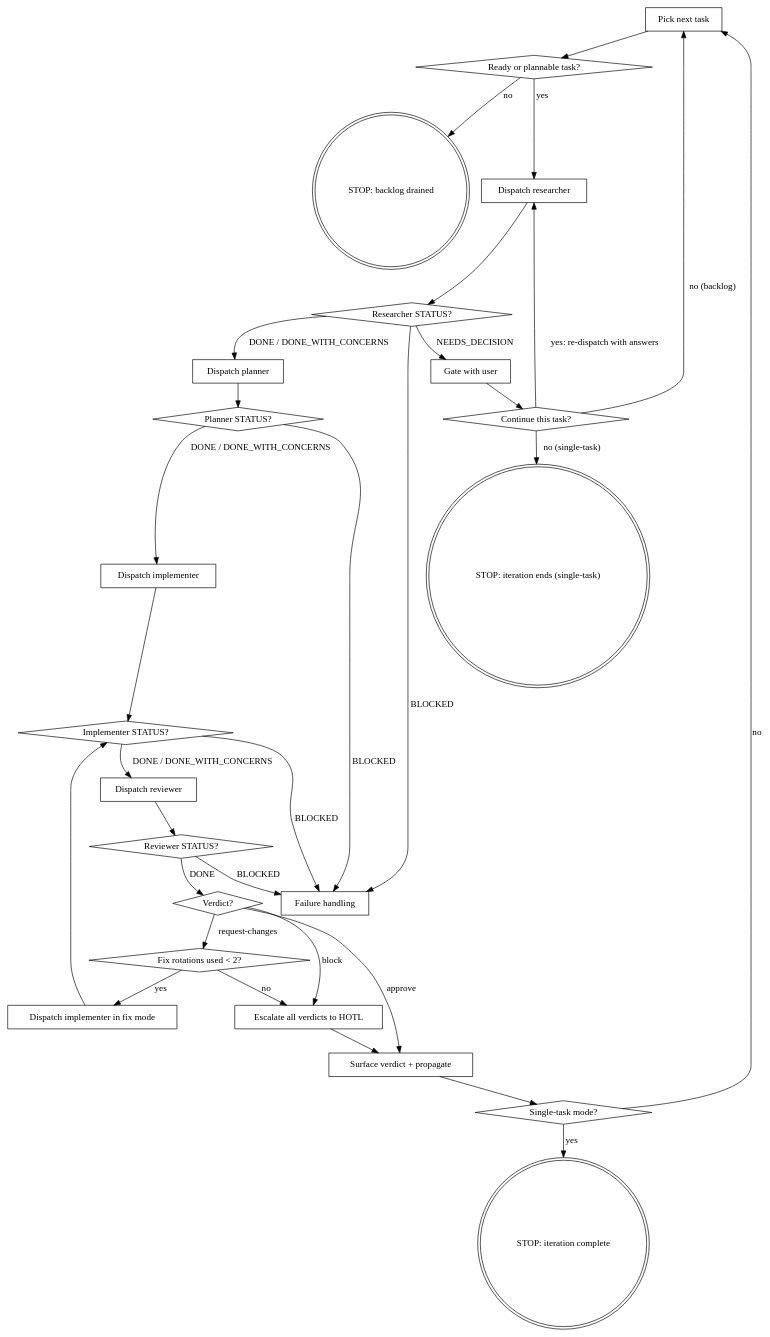
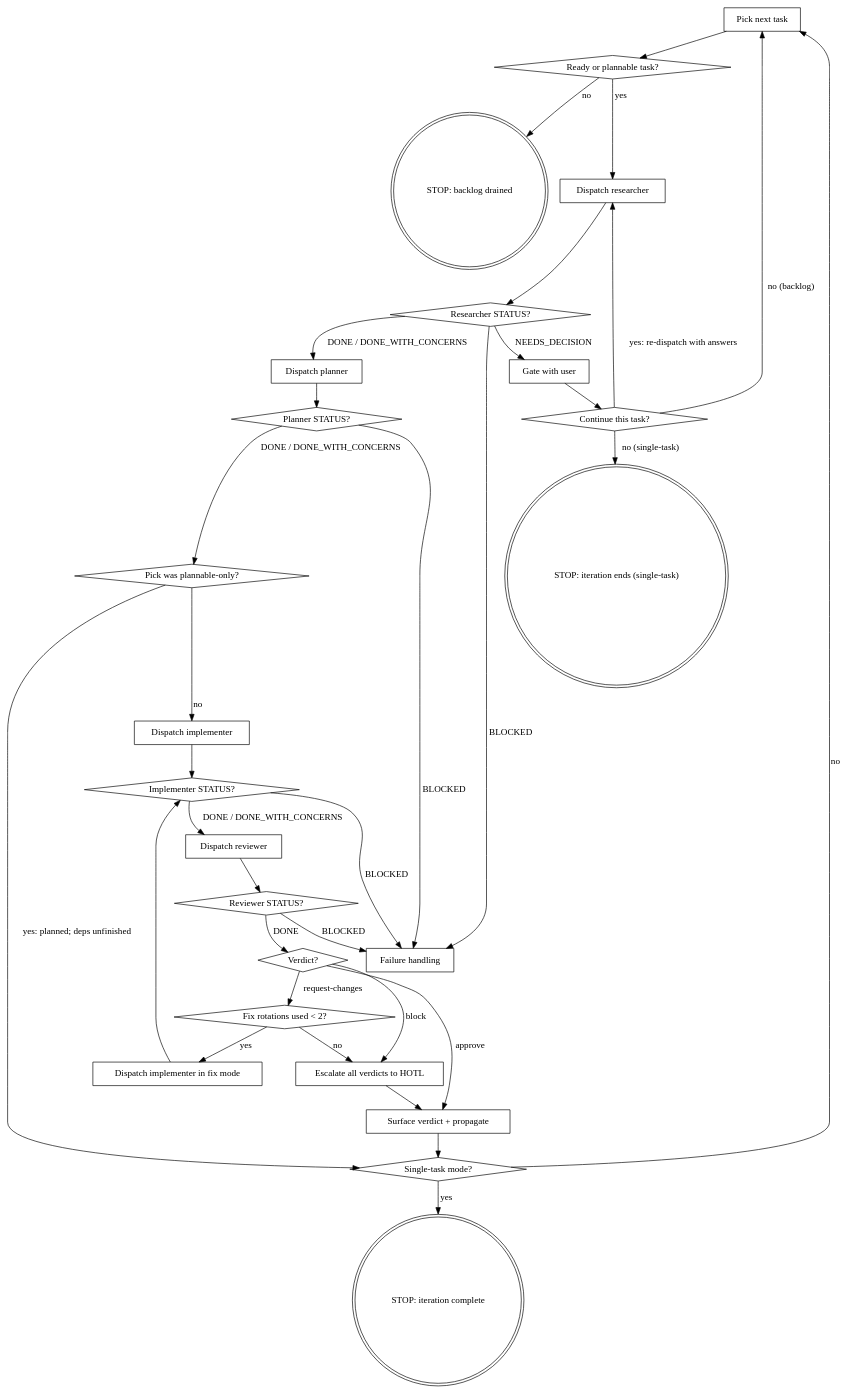
The diagram in plugins/claude-code/skills/composer/SKILL.md (FrkAk/piyaz), drawn with Graphviz before and after one commit. The commit also changed other lines of this file and 1 other file, not shown here.

Commit message:
fix: end composer iteration after planning plannable picks

````diff
--- a/plugins/claude-code/skills/composer/SKILL.md
+++ b/plugins/claude-code/skills/composer/SKILL.md
@@ -79,57 +79,60 @@
 ```dot
 digraph composer_iteration {
     "Pick next task" [shape=box];
     "Ready or plannable task?" [shape=diamond];
     "STOP: backlog drained" [shape=doublecircle];
     "Dispatch researcher" [shape=box];
     "Researcher STATUS?" [shape=diamond];
     "Gate with user" [shape=box];
     "Continue this task?" [shape=diamond];
     "STOP: iteration ends (single-task)" [shape=doublecircle];
     "Dispatch planner" [shape=box];
     "Planner STATUS?" [shape=diamond];
+    "Pick was plannable-only?" [shape=diamond];
     "Dispatch implementer" [shape=box];
     "Implementer STATUS?" [shape=diamond];
     "Dispatch reviewer" [shape=box];
     "Reviewer STATUS?" [shape=diamond];
     "Verdict?" [shape=diamond];
     "Fix rotations used < 2?" [shape=diamond];
     "Dispatch implementer in fix mode" [shape=box];
     "Escalate all verdicts to HOTL" [shape=box];
     "Surface verdict + propagate" [shape=box];
     "Failure handling" [shape=box];
     "Single-task mode?" [shape=diamond];
     "STOP: iteration complete" [shape=doublecircle];
 
     "Pick next task" -> "Ready or plannable task?";
     "Ready or plannable task?" -> "STOP: backlog drained" [label="no"];
     "Ready or plannable task?" -> "Dispatch researcher" [label="yes"];
     "Dispatch researcher" -> "Researcher STATUS?";
     "Researcher STATUS?" -> "Dispatch planner" [label="DONE / DONE_WITH_CONCERNS"];
     "Researcher STATUS?" -> "Gate with user" [label="NEEDS_DECISION"];
     "Researcher STATUS?" -> "Failure handling" [label="BLOCKED"];
     "Gate with user" -> "Continue this task?";
     "Continue this task?" -> "Dispatch researcher" [label="yes: re-dispatch with answers"];
     "Continue this task?" -> "Pick next task" [label="no (backlog)"];
     "Continue this task?" -> "STOP: iteration ends (single-task)" [label="no (single-task)"];
     "Dispatch planner" -> "Planner STATUS?";
-    "Planner STATUS?" -> "Dispatch implementer" [label="DONE / DONE_WITH_CONCERNS"];
+    "Planner STATUS?" -> "Pick was plannable-only?" [label="DONE / DONE_WITH_CONCERNS"];
+    "Pick was plannable-only?" -> "Dispatch implementer" [label="no"];
+    "Pick was plannable-only?" -> "Single-task mode?" [label="yes: planned; deps unfinished"];
     "Planner STATUS?" -> "Failure handling" [label="BLOCKED"];
     "Dispatch implementer" -> "Implementer STATUS?";
     "Implementer STATUS?" -> "Dispatch reviewer" [label="DONE / DONE_WITH_CONCERNS"];
     "Implementer STATUS?" -> "Failure handling" [label="BLOCKED"];
     "Dispatch reviewer" -> "Reviewer STATUS?";
     "Reviewer STATUS?" -> "Verdict?" [label="DONE"];
     "Reviewer STATUS?" -> "Failure handling" [label="BLOCKED"];
     "Verdict?" -> "Surface verdict + propagate" [label="approve"];
     "Verdict?" -> "Fix rotations used < 2?" [label="request-changes"];
     "Verdict?" -> "Escalate all verdicts to HOTL" [label="block"];
     "Fix rotations used < 2?" -> "Dispatch implementer in fix mode" [label="yes"];
     "Fix rotations used < 2?" -> "Escalate all verdicts to HOTL" [label="no"];
     "Dispatch implementer in fix mode" -> "Implementer STATUS?";
     "Escalate all verdicts to HOTL" -> "Surface verdict + propagate";
     "Surface verdict + propagate" -> "Single-task mode?";
     "Single-task mode?" -> "STOP: iteration complete" [label="yes"];
     "Single-task mode?" -> "Pick next task" [label="no"];
 }
 ```
````
